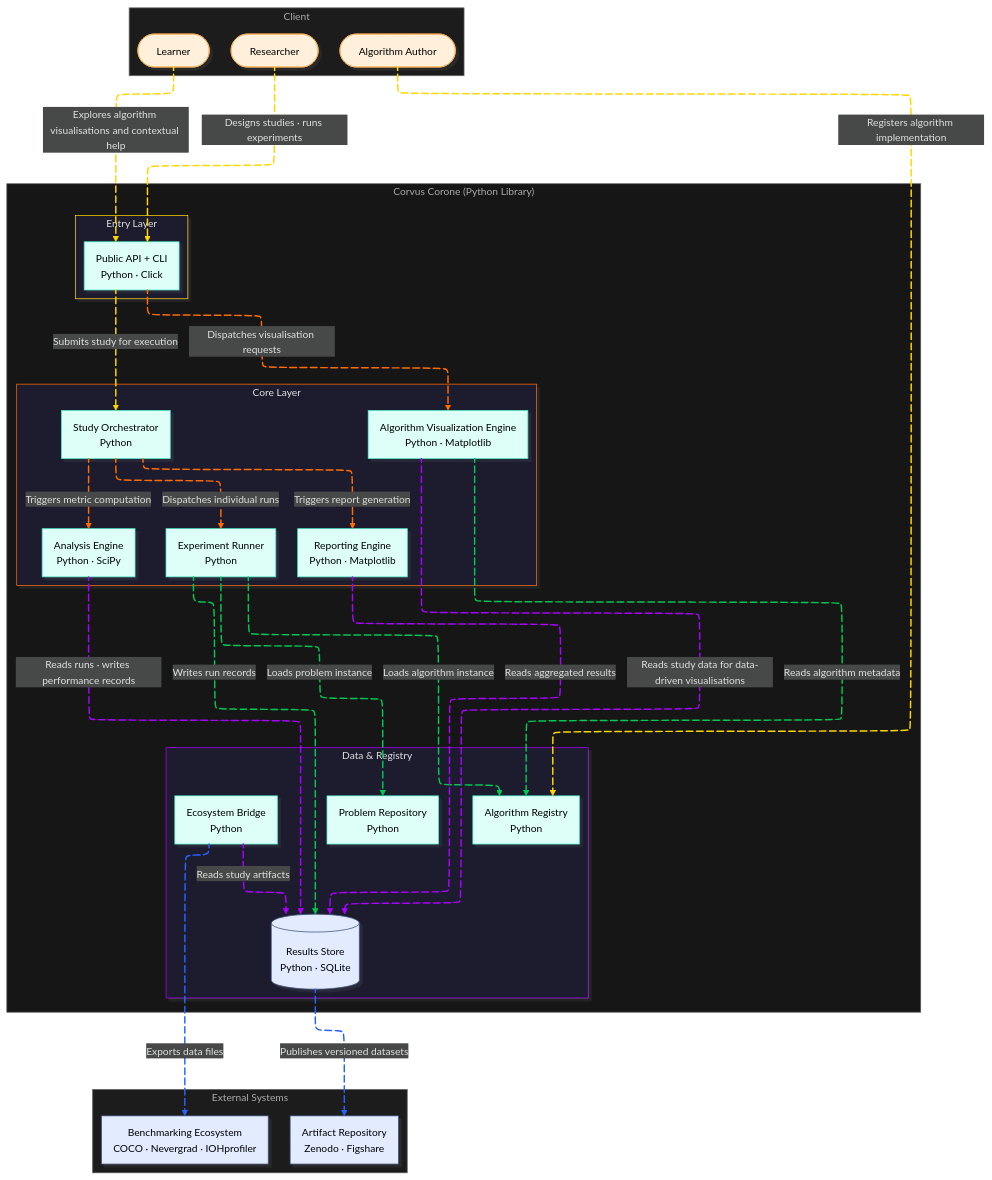
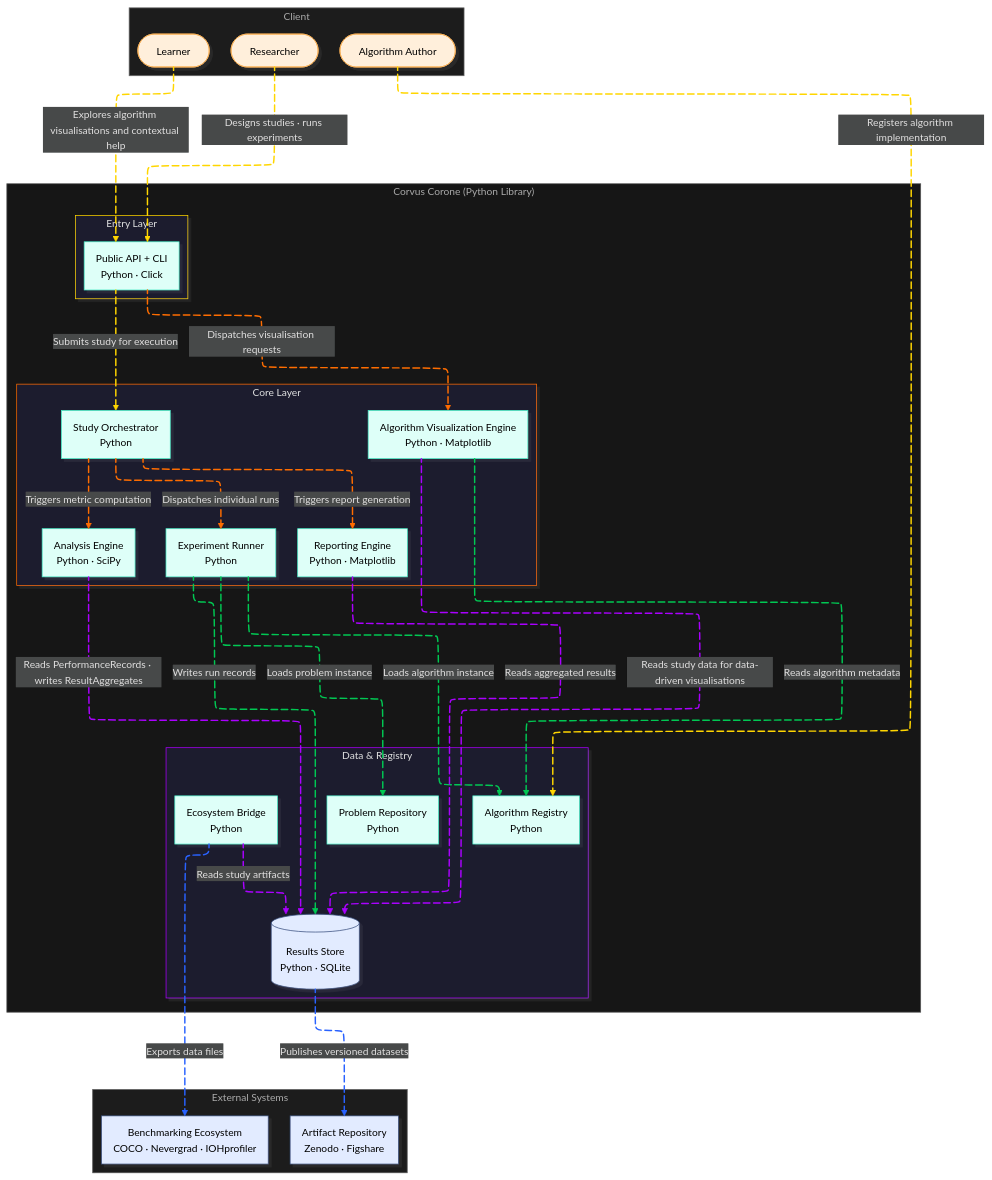
The diagram in docs/02-design/02-architecture/03-c4-leve2-containers/01-c2-containers.md (jedrzejpolaczek/aviarium.corvidae.corvus_corone), drawn with Mermaid before and after one commit. The commit also changed 48 other files, not shown here.

```diff
--- a/docs/02-design/02-architecture/03-c4-leve2-containers/01-c2-containers.md
+++ b/docs/02-design/02-architecture/03-c4-leve2-containers/01-c2-containers.md
@@ -76,7 +76,7 @@
   runner L_runner_registry@-- Loads algorithm instance --> registry
   runner L_runner_problems@-- Loads problem instance --> problems
   runner L_runner_store@-- Writes run records --> store
-  analysis L_analysis_store@-- Reads runs · writes performance records --> store
+  analysis L_analysis_store@-- Reads PerformanceRecords · writes ResultAggregates --> store
   reporting L_reporting_store@-- Reads aggregated results --> store
   bridge L_bridge_store@-- Reads study artifacts --> store
   bridge L_bridge_ecosystem@-- Exports data files --> ecosystem
```
